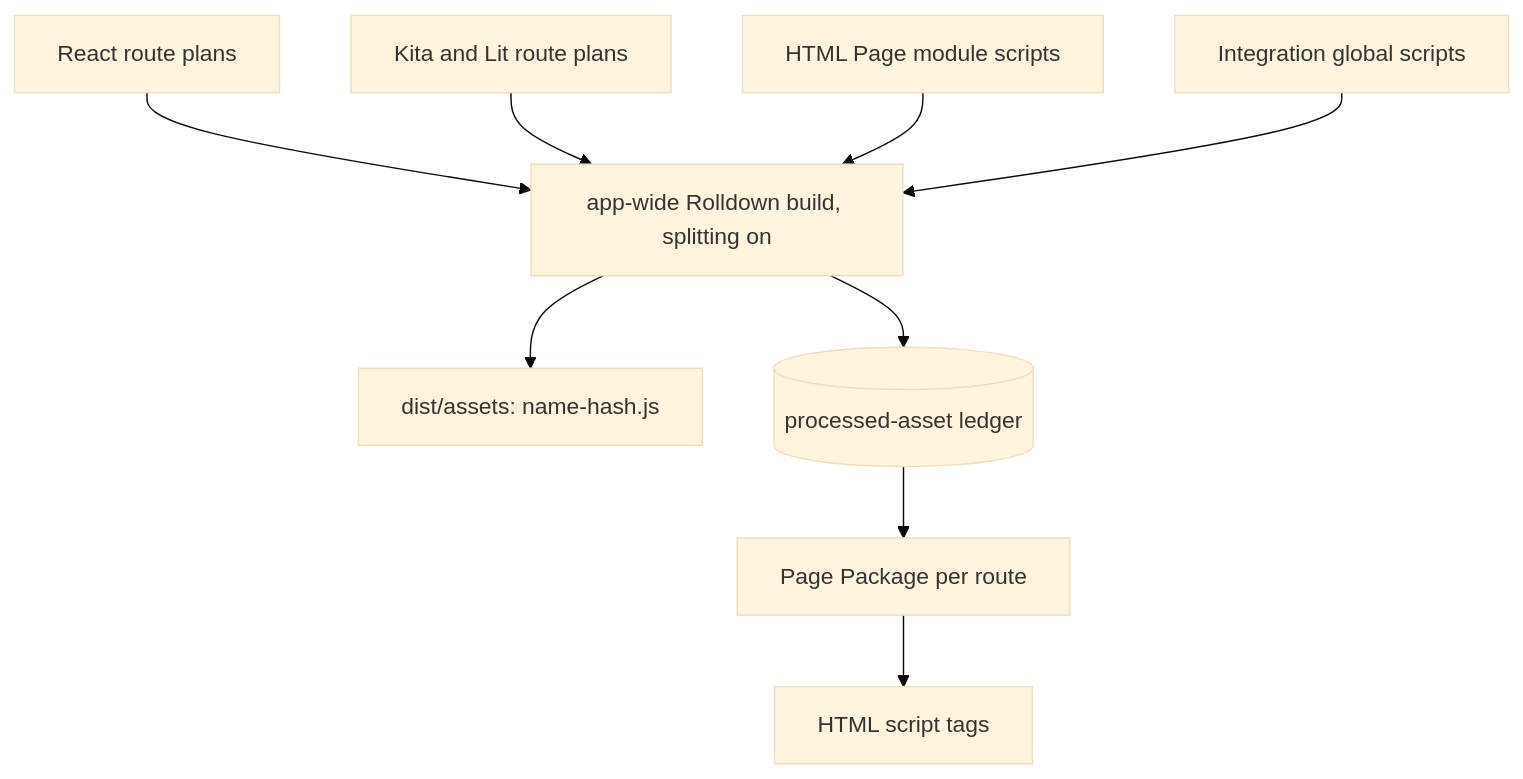
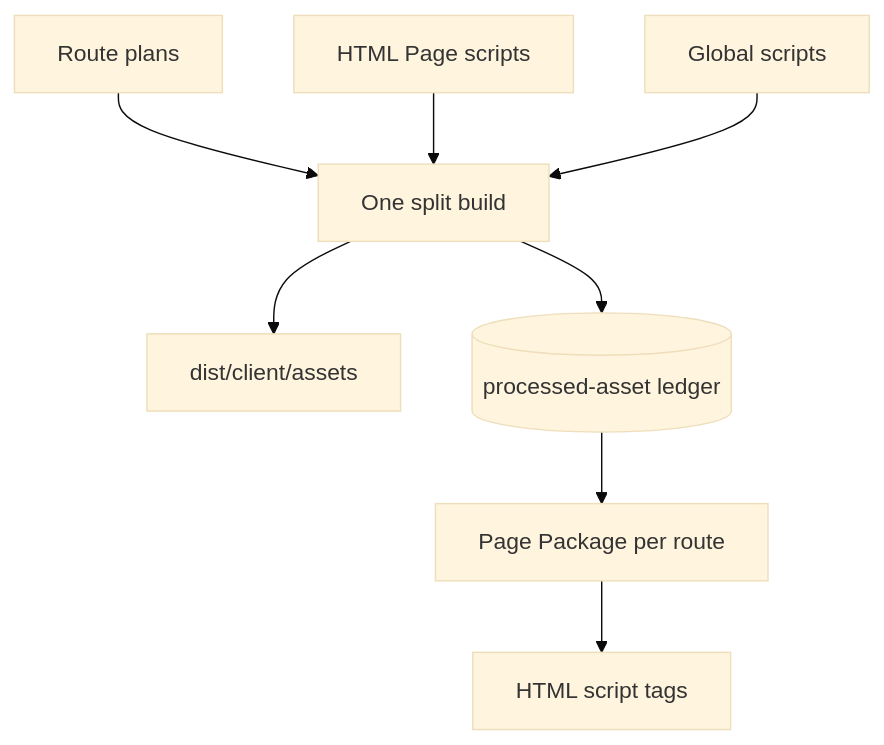
One commit to ecopages/ecopages changed the third of 3 diagrams in apps/docs/src/content/dev/browser-graph.mdx. Above: the diagram before and after it, drawn with Mermaid (base theme). The commit also changed other lines of this file and 4 other files, not shown here.

First line of the commit message:
docs: correct asset paths, error text and diagrams on the developer pages

````diff
--- a/apps/docs/src/content/dev/browser-graph.mdx
+++ b/apps/docs/src/content/dev/browser-graph.mdx
@@ -117,11 +117,10 @@
 ```mermaid
 flowchart TD
-  P1[React route plans] --> B
-  P2[Kita and Lit route plans] --> B
-  P3[HTML Page module scripts] --> B
-  P4[Integration global scripts] --> B
-  B[app-wide Rolldown build, splitting on] --> O["dist/assets: name-hash.js"]
+  P1[Route plans] --> B
+  P3[HTML Page scripts] --> B
+  P4[Global scripts] --> B
+  B[One split build] --> O["dist/client/assets"]
   B --> L[(processed-asset ledger)]
   L --> PP[Page Package per route]
   PP --> H[HTML script tags]
 ```
````
